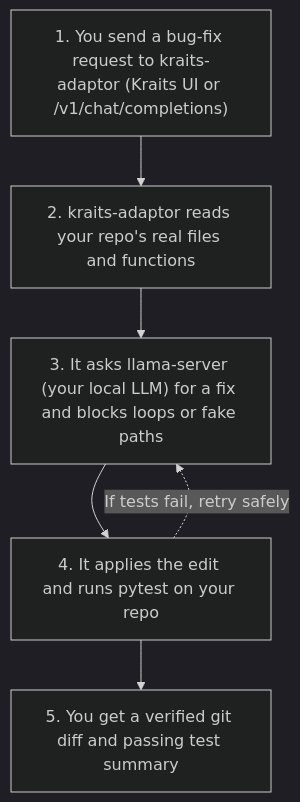
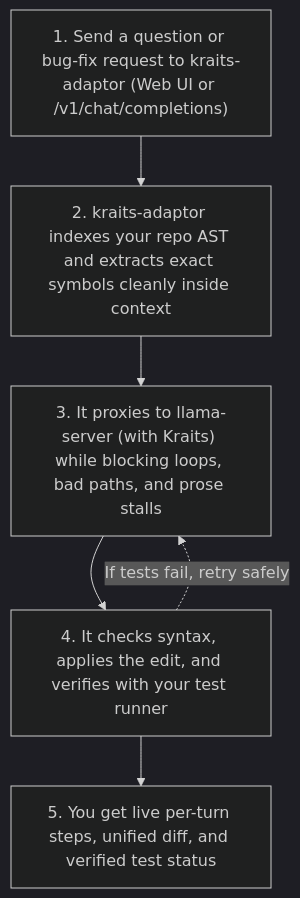
Before and after one commit to 1picassoai/kraits: the diagram in kraits-adaptor/README.md, drawn with Mermaid (dark theme). The commit also changed other lines of this file and 12 other files, not shown here.

Commit message:
v0.6.29: sync Qwen3.8 16K async_iq4 engine binaries, kraits-server.sh, and adaptor F25-F28 + UI

````diff
--- a/kraits-adaptor/README.md
+++ b/kraits-adaptor/README.md
@@ -7,11 +7,11 @@
 ```mermaid
 flowchart TD
-    S1["1. You send a bug-fix request to kraits-adaptor (Kraits UI or /v1/chat/completions)"]
-    S2["2. kraits-adaptor reads your repo's real files and functions"]
-    S3["3. It asks llama-server (your local LLM) for a fix and blocks loops or fake paths"]
-    S4["4. It applies the edit and runs pytest on your repo"]
-    S5["5. You get a verified git diff and passing test summary"]
+    S1["1. Send a question or bug-fix request to kraits-adaptor (Web UI or /v1/chat/completions)"]
+    S2["2. kraits-adaptor indexes your repo AST and extracts exact symbols cleanly inside context"]
+    S3["3. It proxies to llama-server (with Kraits) while blocking loops, bad paths, and prose stalls"]
+    S4["4. It checks syntax, applies the edit, and verifies with your test runner"]
+    S5["5. You get live per-turn steps, unified diff, and verified test status"]
 
     S1 --> S2 --> S3 --> S4 --> S5
     S4 -. "If tests fail, retry safely" .-> S3
 ```
````
